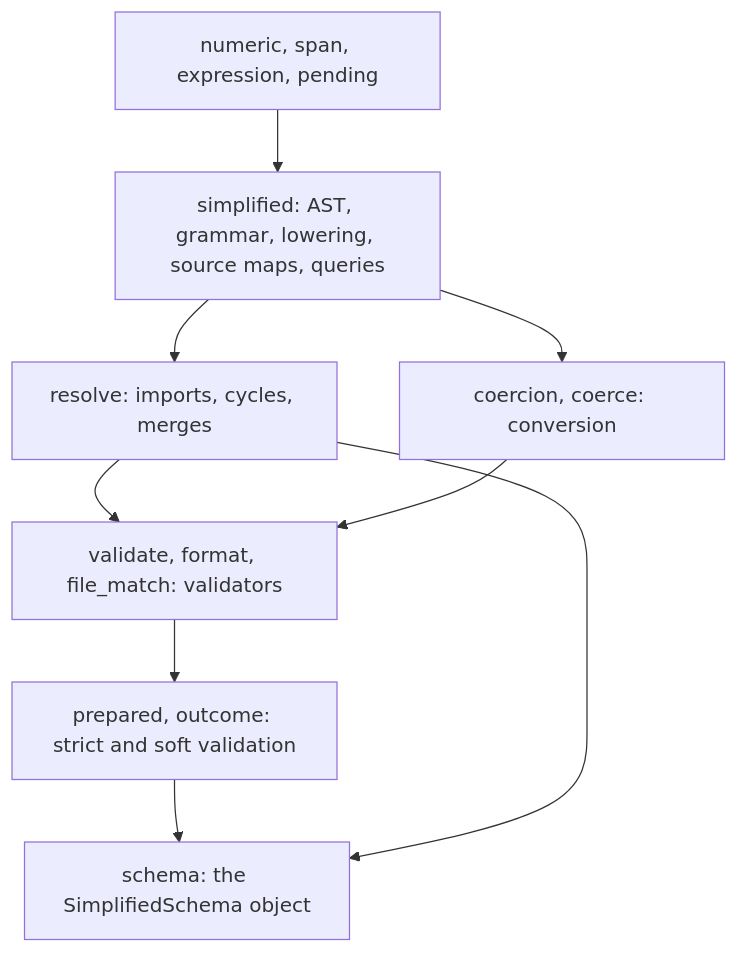
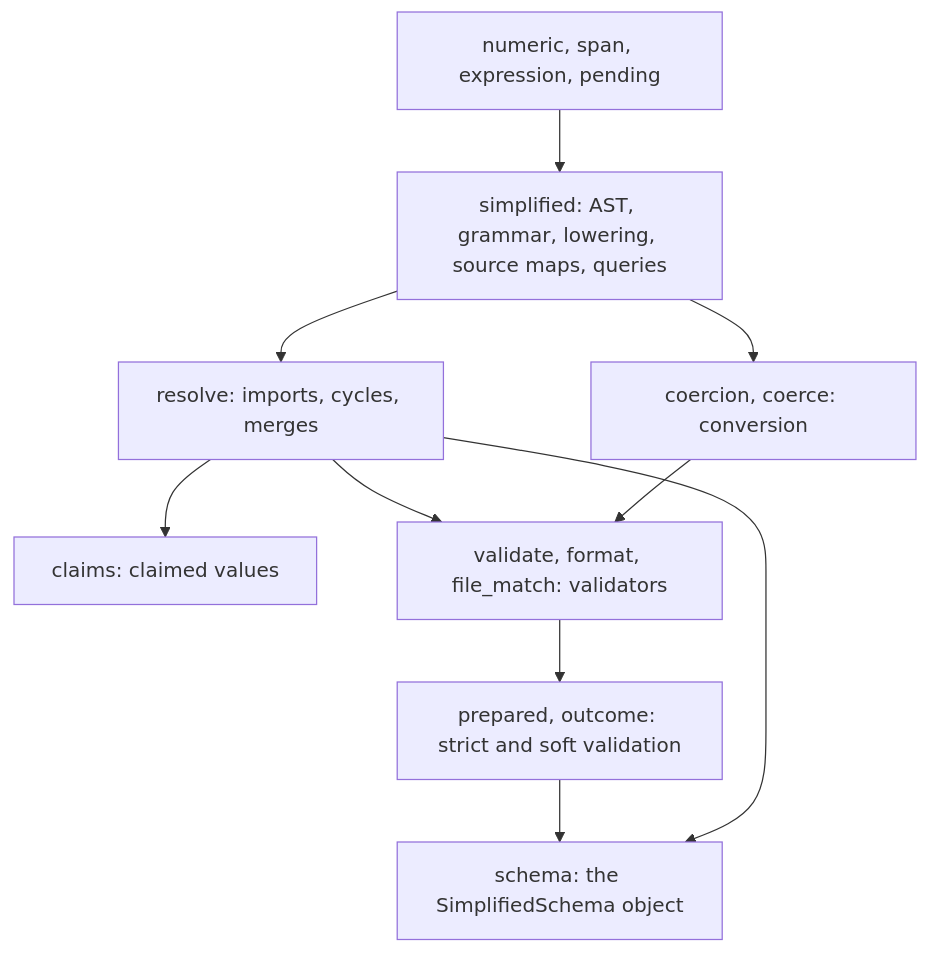
Before and after one commit to yankeeinlondon/rusty-biscuit: the diagram in simplified-schema/docs/topics/language-core.md, drawn with Mermaid. The commit also changed other lines of this file and 20 other files, not shown here.

First line of the commit message:
docs(simplified-schema): document schema extraction and narrowing

````diff
--- a/simplified-schema/docs/topics/language-core.md
+++ b/simplified-schema/docs/topics/language-core.md
@@ -24,18 +24,20 @@
 ```mermaid
 flowchart TD
     foundations["numeric, span, expression, pending"]
     simplified["simplified: AST, grammar, lowering, source maps, queries"]
     resolve["resolve: imports, cycles, merges"]
+    claims["claims: claimed values"]
     coercion["coercion, coerce: conversion"]
     validate["validate, format, file_match: validators"]
     prepared["prepared, outcome: strict and soft validation"]
     object["schema: the SimplifiedSchema object"]
     foundations --> simplified
     simplified --> resolve
     simplified --> coercion
     resolve --> validate
+    resolve --> claims
     coercion --> validate
     validate --> prepared
     prepared --> object
     resolve --> object
 ```
````
